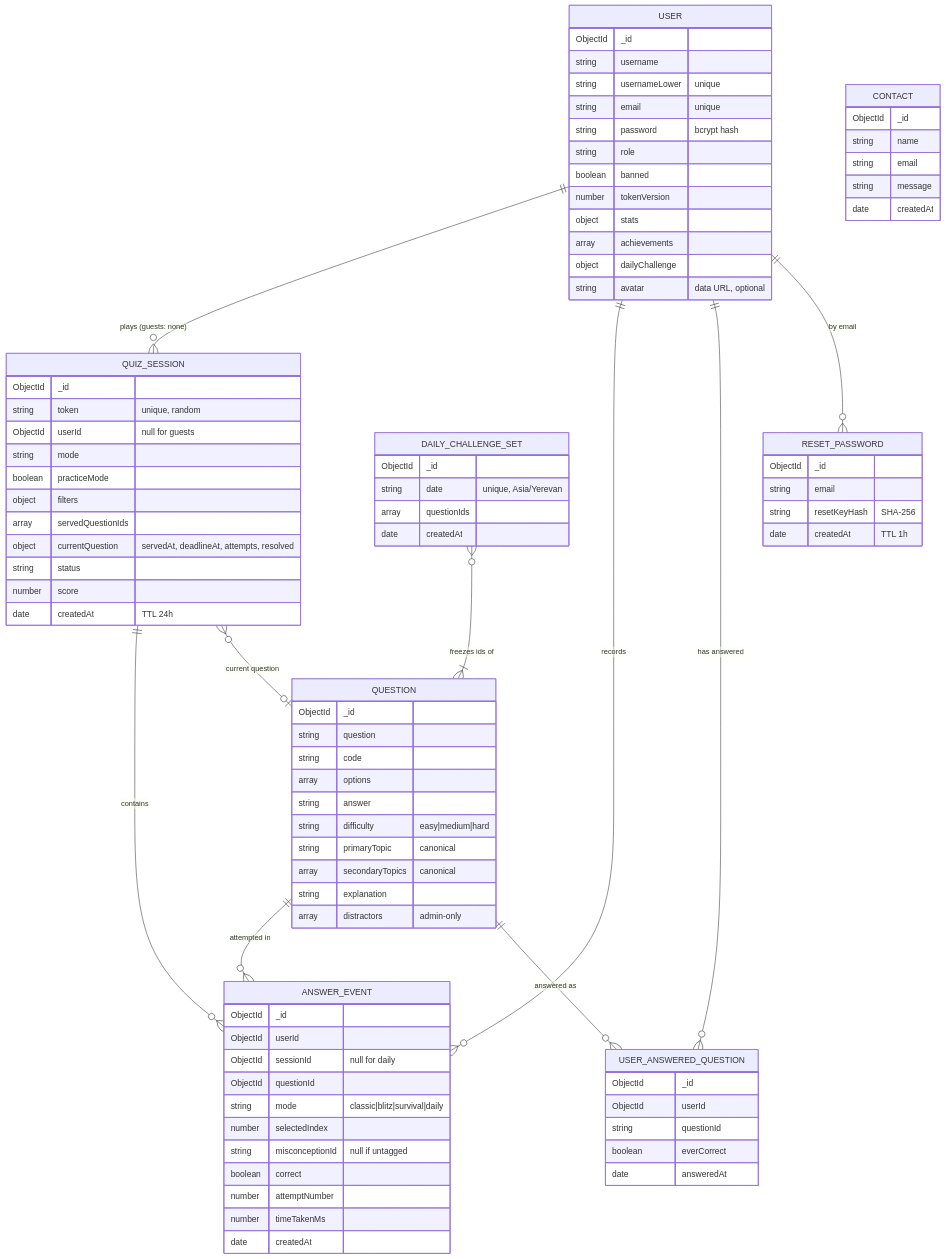
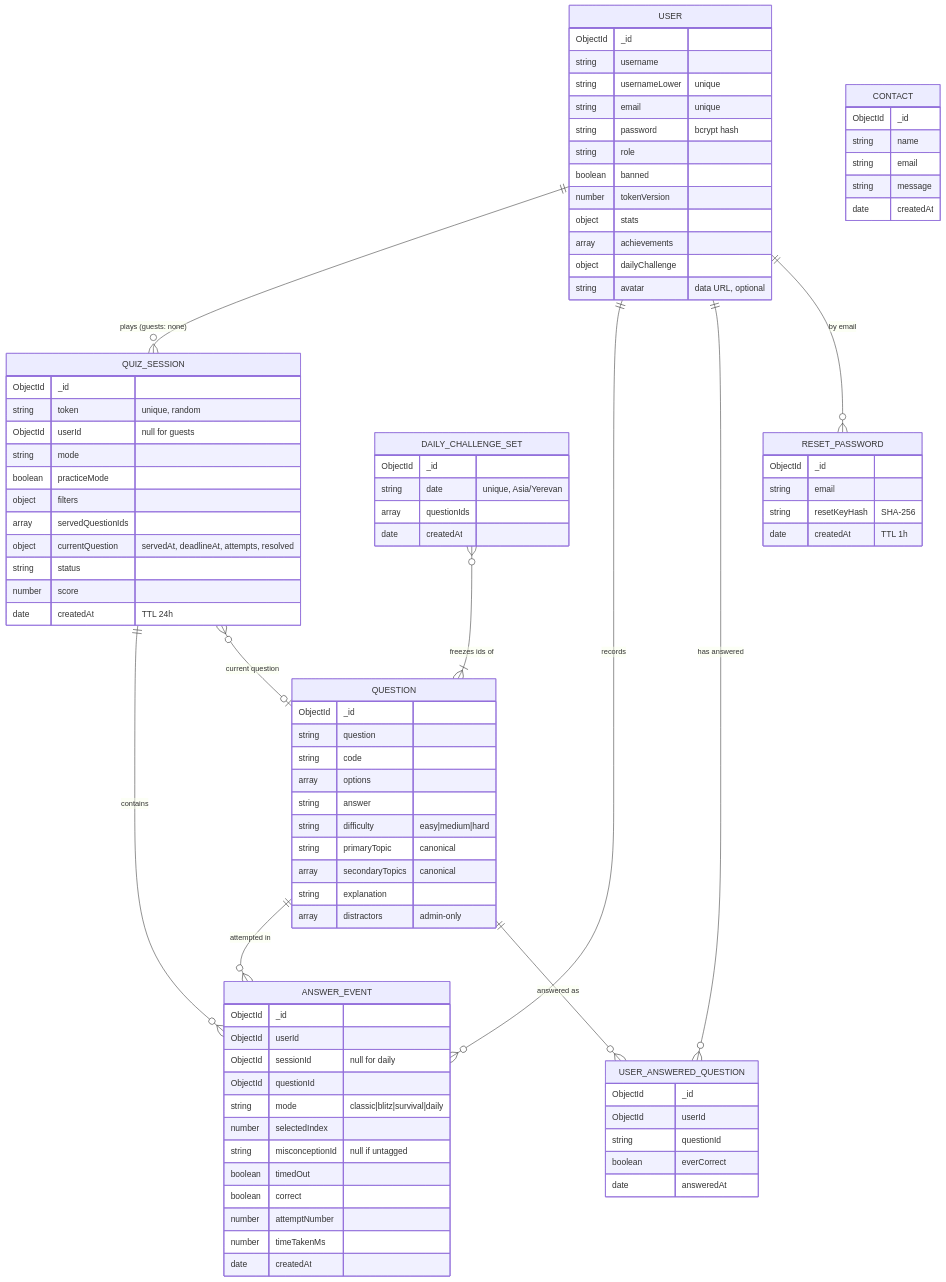
The fourth of 4 diagrams in docs/PYQUIZ_CURRENT_SYSTEM_DESCRIPTION.md (HaykuhiMk/PyQuiz), drawn with Mermaid before and after one commit. The commit also changed other lines of this file and 12 other files, not shown here.

First line of the commit message:
Stage 2 follow-ups: timed-out answer events, distinct options, tag-drop warning

```diff
--- a/docs/PYQUIZ_CURRENT_SYSTEM_DESCRIPTION.md
+++ b/docs/PYQUIZ_CURRENT_SYSTEM_DESCRIPTION.md
@@ -750,6 +750,7 @@
     string mode "classic|blitz|survival|daily"
     number selectedIndex
     string misconceptionId "null if untagged"
+    boolean timedOut
     boolean correct
     number attemptNumber
     number timeTakenMs
```
